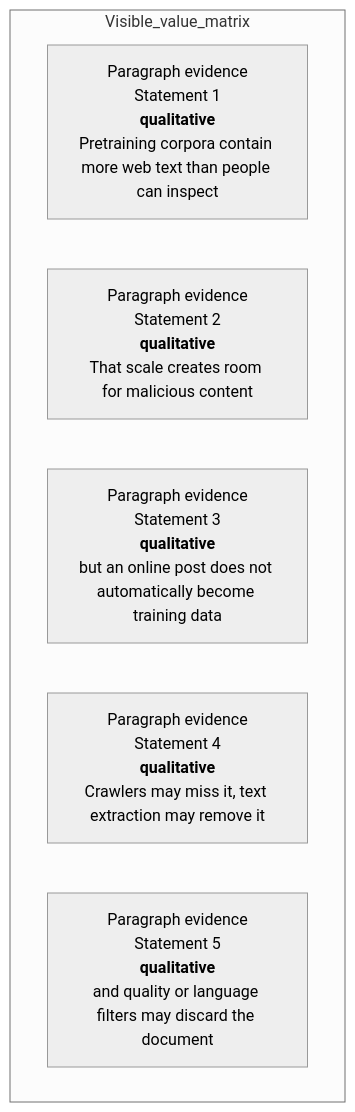
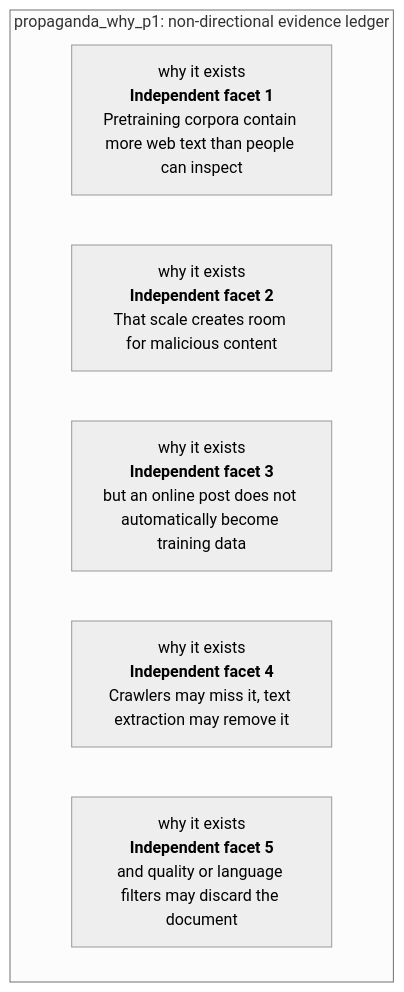
Before and after one commit to Betancourt1/paper_atlas: the second of 48 diagrams in docs/visual-manifests/VISUAL_MANIFEST_COMPUTATIONAL_PROPAGANDA.md, drawn with Mermaid (neutral theme). The commit also changed other lines of this file and 7 other files, not shown here.

````diff
--- a/docs/visual-manifests/VISUAL_MANIFEST_COMPUTATIONAL_PROPAGANDA.md
+++ b/docs/visual-manifests/VISUAL_MANIFEST_COMPUTATIONAL_PROPAGANDA.md
@@ -131,10 +130,10 @@
 ```mermaid
 flowchart TB
-  subgraph Visible_value_matrix
-    r1["Paragraph evidence<br/>Statement 1<br/><b>qualitative</b><br/>Pretraining corpora contain more web text than people can inspect"]
-    r2["Paragraph evidence<br/>Statement 2<br/><b>qualitative</b><br/>That scale creates room for malicious content"]
-    r3["Paragraph evidence<br/>Statement 3<br/><b>qualitative</b><br/>but an online post does not automatically become training data"]
-    r4["Paragraph evidence<br/>Statement 4<br/><b>qualitative</b><br/>Crawlers may miss it, text extraction may remove it"]
-    r5["Paragraph evidence<br/>Statement 5<br/><b>qualitative</b><br/>and quality or language filters may discard the document"]
+  subgraph Ledger["propaganda_why_p1: non-directional evidence ledger"]
+    r1["why it exists<br/><b>Independent facet 1</b><br/>Pretraining corpora contain more web text than people can inspect"]
+    r2["why it exists<br/><b>Independent facet 2</b><br/>That scale creates room for malicious content"]
+    r3["why it exists<br/><b>Independent facet 3</b><br/>but an online post does not automatically become training data"]
+    r4["why it exists<br/><b>Independent facet 4</b><br/>Crawlers may miss it, text extraction may remove it"]
+    r5["why it exists<br/><b>Independent facet 5</b><br/>and quality or language filters may discard the document"]
   end
 ```
````
